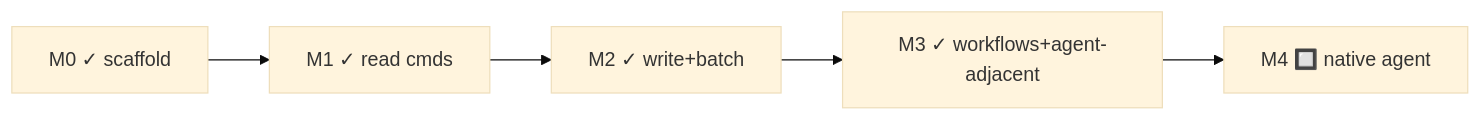
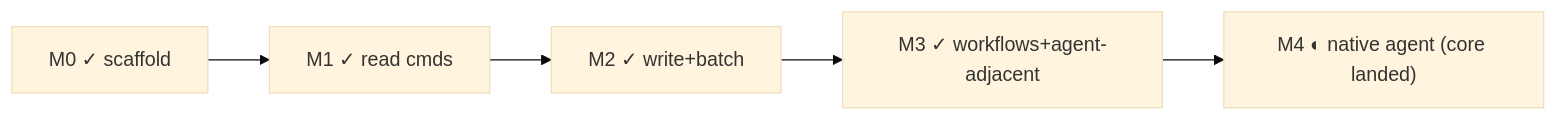
One commit to cerebral-work/linearctl changed the diagram in roadmap-linearctl.md. Above: the diagram before and after it, drawn with Mermaid (base theme). The commit also changed other lines of this file and 34 other files, not shown here.

First line of the commit message:
docs(roadmaps): corpus drift refresh 2026-07-29 + render infra fixes

````diff
--- a/roadmap-linearctl.md
+++ b/roadmap-linearctl.md
@@ -9,7 +9,7 @@
 ```mermaid
 flowchart LR
   M0["M0 ✓ scaffold"] --> M1["M1 ✓ read cmds"]
   M1 --> M2["M2 ✓ write+batch"]
   M2 --> M3["M3 ✓ workflows+agent-adjacent"]
-  M3 --> M4["M4 🔲 native agent"]
+  M3 --> M4["M4 ◐ native agent (core landed)"]
 ```
````
